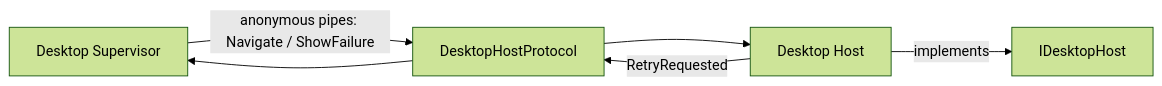
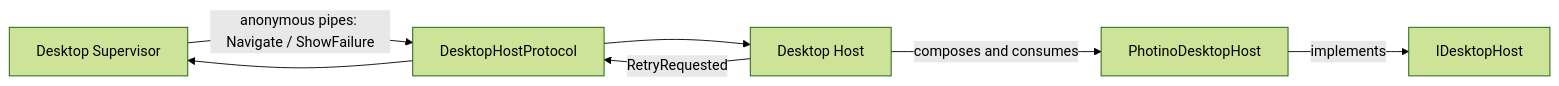
The diagram in src/ForgeMission.Desktop.Contracts/README.md (katasec/mission-control-language), drawn with Mermaid (forest theme) before and after one commit.

Commit message:
docs: correct desktop host contract diagram

````diff
--- a/src/ForgeMission.Desktop.Contracts/README.md
+++ b/src/ForgeMission.Desktop.Contracts/README.md
@@ -40,8 +40,9 @@
 ```mermaid
 flowchart LR
   Supervisor[Desktop Supervisor] -->|anonymous pipes: Navigate / ShowFailure| Protocol[DesktopHostProtocol]
   Protocol --> Host[Desktop Host]
   Host -->|RetryRequested| Protocol
   Protocol --> Supervisor
-  Host -->|implements| Contract[IDesktopHost]
+  Host -->|composes and consumes| Adapter[PhotinoDesktopHost]
+  Adapter -->|implements| Contract[IDesktopHost]
 ```
````
